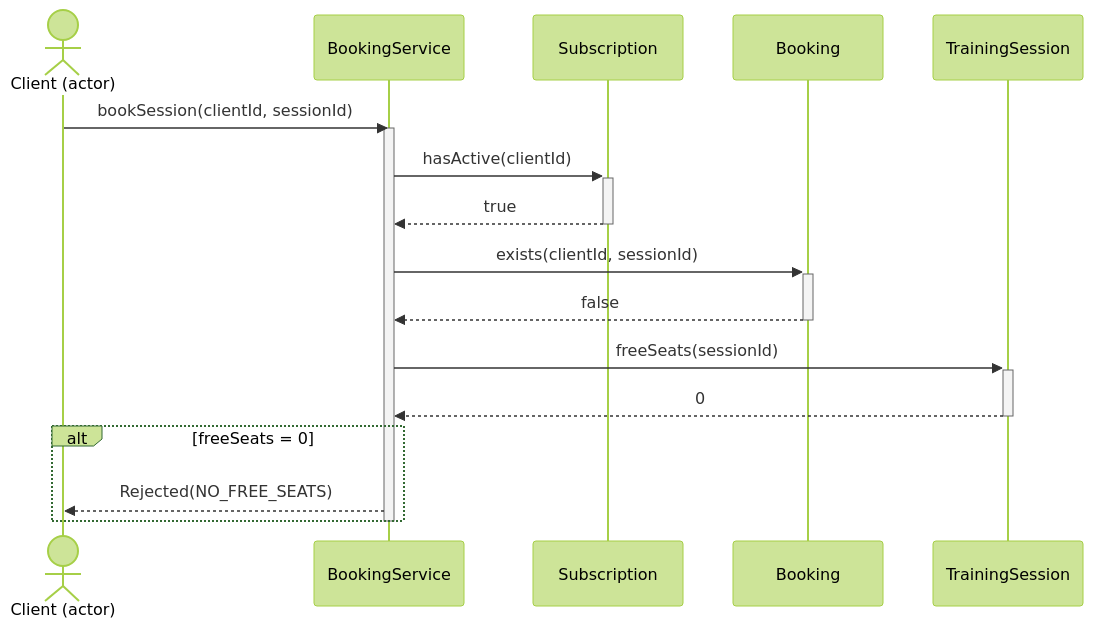
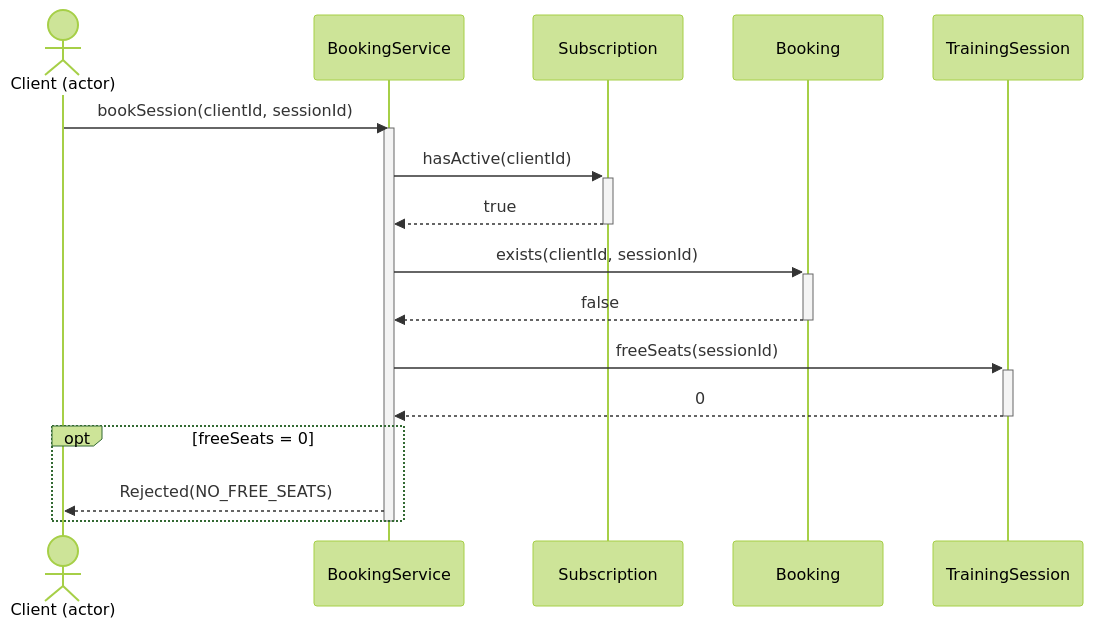
Before and after one commit to vanyadzygman/sec-kpi: the diagram in lab3/diagrams/d7.mmd, drawn with Mermaid (forest theme). The commit also changed 13 other files, not shown here.

Commit message:
diagrams: regenerate D1-D7

```diff
--- a/lab3/diagrams/d7.mmd
+++ b/lab3/diagrams/d7.mmd
@@ -1,19 +1,19 @@
 sequenceDiagram
     actor C as Client (actor)
     participant BS as BookingService
     participant Sub as Subscription
     participant B as Booking
     participant TS as TrainingSession
 
     C->>BS: bookSession(clientId, sessionId)
     activate BS
     BS->>+Sub: hasActive(clientId)
     Sub-->>-BS: true
     BS->>+B: exists(clientId, sessionId)
     B-->>-BS: false
     BS->>+TS: freeSeats(sessionId)
     TS-->>-BS: 0
-    alt freeSeats = 0
+    opt freeSeats = 0
         BS-->>C: Rejected(NO_FREE_SEATS)
     end
     deactivate BS
```
